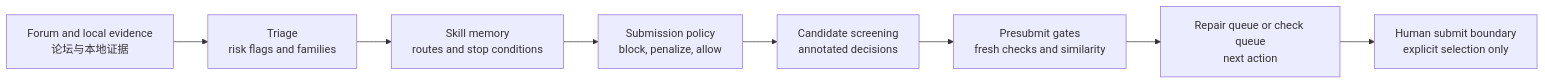
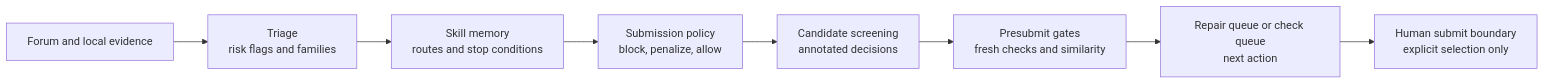
The diagram in README.md (gyx09212214-prog/wq-community-skills), drawn with Mermaid before and after one commit. The commit also changed other lines of this file and 1 other file, not shown here.

````diff
--- a/README.md
+++ b/README.md
@@ -150,10 +146,10 @@
 ```mermaid
 flowchart LR
-  A["Forum and local evidence<br/>论坛与本地证据"] --> B["Triage<br/>risk flags and families"]
+  A["Forum and local evidence"] --> B["Triage<br/>risk flags and families"]
   B --> C["Skill memory<br/>routes and stop conditions"]
   C --> D["Submission policy<br/>block, penalize, allow"]
   D --> E["Candidate screening<br/>annotated decisions"]
   E --> F["Presubmit gates<br/>fresh checks and similarity"]
   F --> G["Repair queue or check queue<br/>next action"]
   G --> H["Human submit boundary<br/>explicit selection only"]
 ```
````
